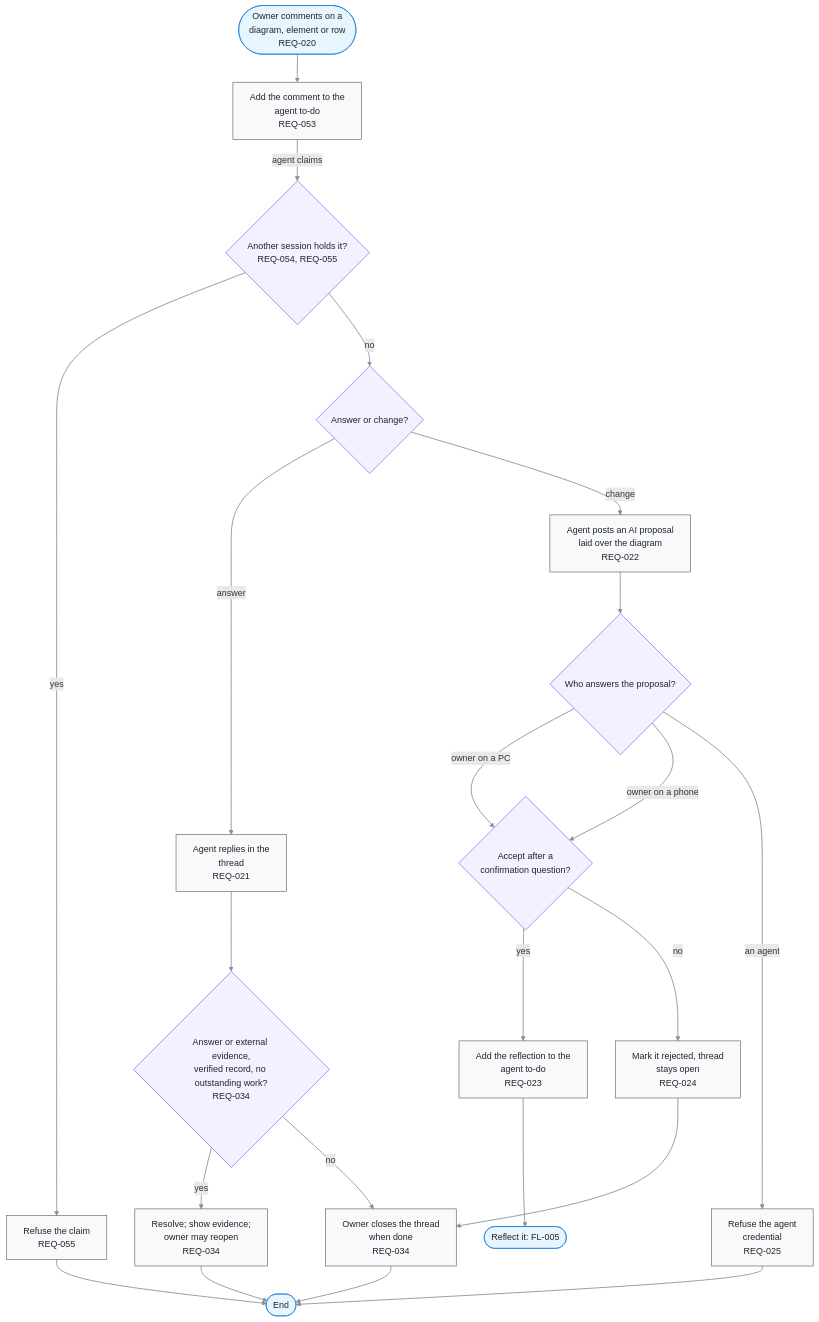
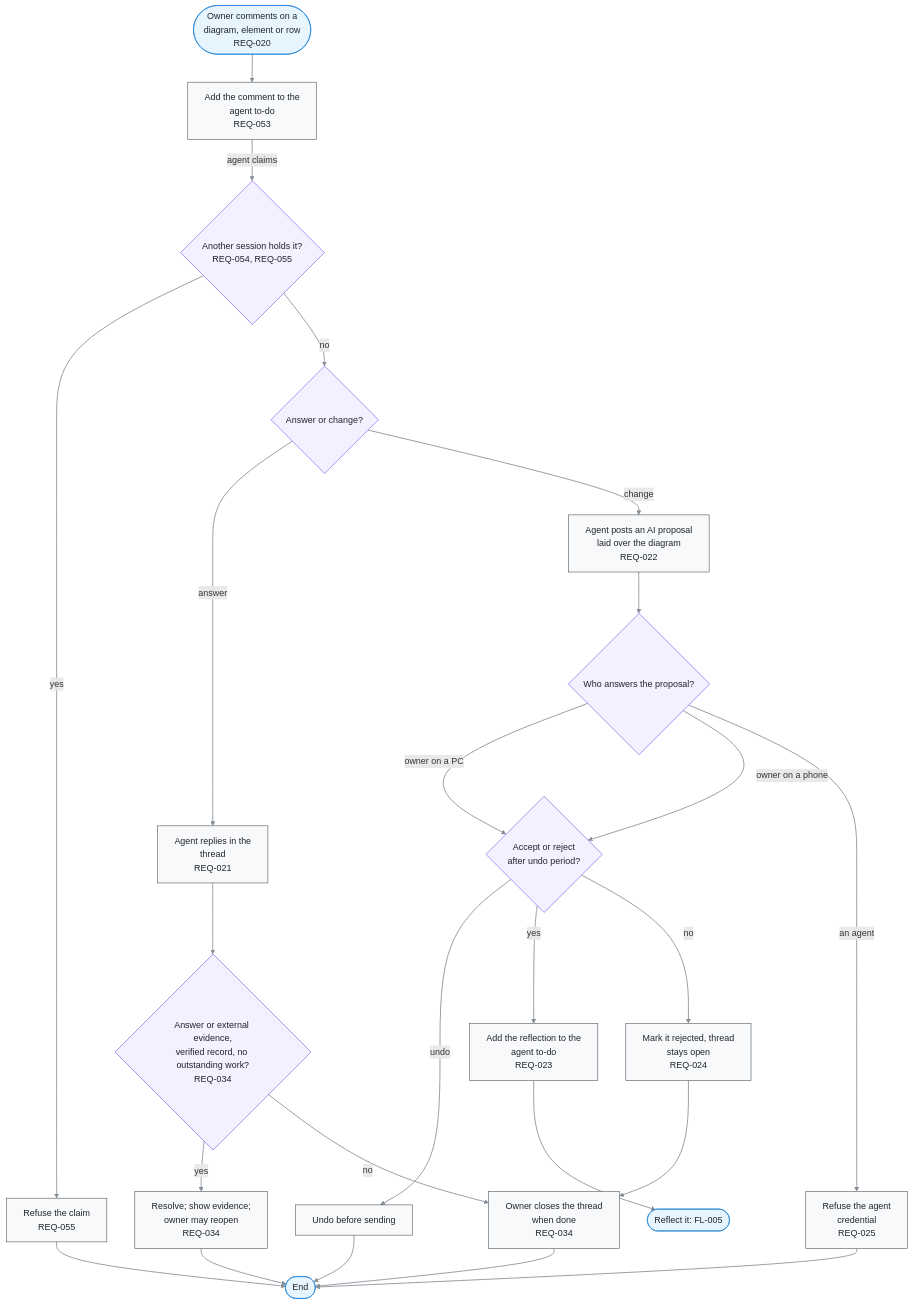
One commit to kodonghui/corthex-nexus changed the diagram in docs/03-user-flow/FL-003-comment-and-answer-an-ai-proposal.md. Above: the diagram before and after it, drawn with Mermaid. The commit also changed 63 other files, not shown here.

````diff
--- a/docs/03-user-flow/FL-003-comment-and-answer-an-ai-proposal.md
+++ b/docs/03-user-flow/FL-003-comment-and-answer-an-ai-proposal.md
@@ -9,52 +9,55 @@
 ```mermaid
 flowchart TD
   A(["Owner comments on a<br/>diagram, element or row<br/>REQ-020"])
   B["Add the comment to the<br/>agent to-do<br/>REQ-053"]
   C{"Another session holds it?<br/>REQ-054, REQ-055"}
   D{"Answer or change?"}
   E["Agent replies in the<br/>thread<br/>REQ-021"]
   F["Agent posts an AI proposal<br/>laid over the diagram<br/>REQ-022"]
   G{"Who answers the proposal?"}
-  H{"Accept after a<br/>confirmation question?"}
+  H{"Accept or reject<br/>after undo period?"}
   I["Add the reflection to the<br/>agent to-do<br/>REQ-023"]
   J["Mark it rejected, thread<br/>stays open<br/>REQ-024"]
   K["Owner closes the thread<br/>when done<br/>REQ-034"]
   P{"Answer or external evidence,<br/>verified record, no outstanding work?<br/>REQ-034"}
   Q["Resolve; show evidence;<br/>owner may reopen<br/>REQ-034"]
   R1["Refuse the claim<br/>REQ-055"]
   R3["Refuse the agent<br/>credential<br/>REQ-025"]
+  U["Undo before sending"]
   Z(["End"])
   Y(["Reflect it: FL-005"])
   A e1@--> B
   B e2@-->|agent claims| C
   C e3@-->|yes| R1
   C e4@-->|no| D
   D e5@-->|answer| E
   D e6@-->|change| F
   E e7@--> P
   P e30@-->|yes| Q
   P e31@-->|no| K
   Q e32@--> Z
   F e8@--> G
   G e9@-->|owner on a PC| H
   G e10@-->|owner on a phone| H
   G e11@-->|an agent| R3
+  H e33@-->|undo| U
+  U e34@--> Z
   H e12@-->|yes| I
   H e13@-->|no| J
   I e14@--> Y
   J e15@--> K
   K e16@--> Z
   R1 e17@--> Z
   R3 e19@--> Z
   %% legend: below
   classDef term fill:#e7f5ff,stroke:#1c7ed6,color:#212529
   classDef proc fill:#f8f9fa,stroke:#495057,color:#212529
   classDef decide fill:#f3f0ff,stroke:#7048e8,color:#212529
   classDef gap fill:#f1f3f5,stroke:#adb5bd,stroke-dasharray:2 3,color:#495057
   classDef pass stroke:#868e96,stroke-width:1.5px
   class A,Z,Y term
   class B,E,F,I,J,K,R1,R3 proc
-  class Q proc
+  class Q,U proc
   class C,D,G,H,P decide
-  class e1,e2,e3,e4,e5,e6,e7,e8,e9,e10,e11,e12,e13,e14,e15,e16,e17,e19,e30,e31,e32 pass
+  class e33,e34,e1,e2,e3,e4,e5,e6,e7,e8,e9,e10,e11,e12,e13,e14,e15,e16,e17,e19,e30,e31,e32 pass
 ```
````
